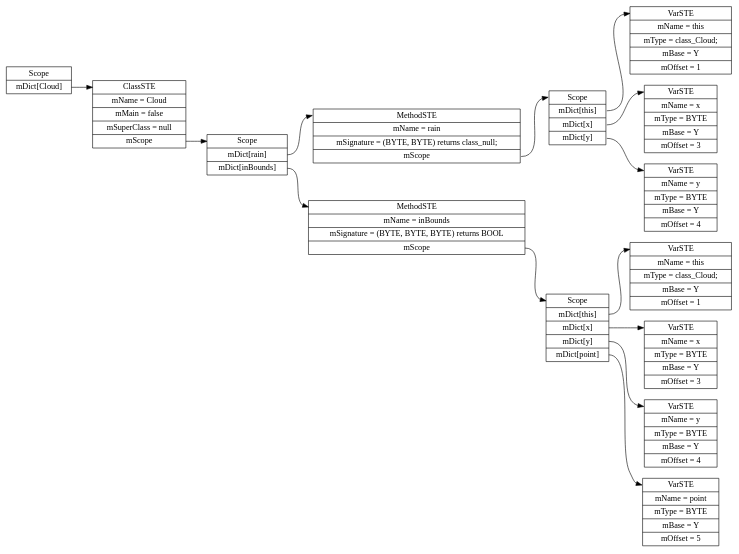
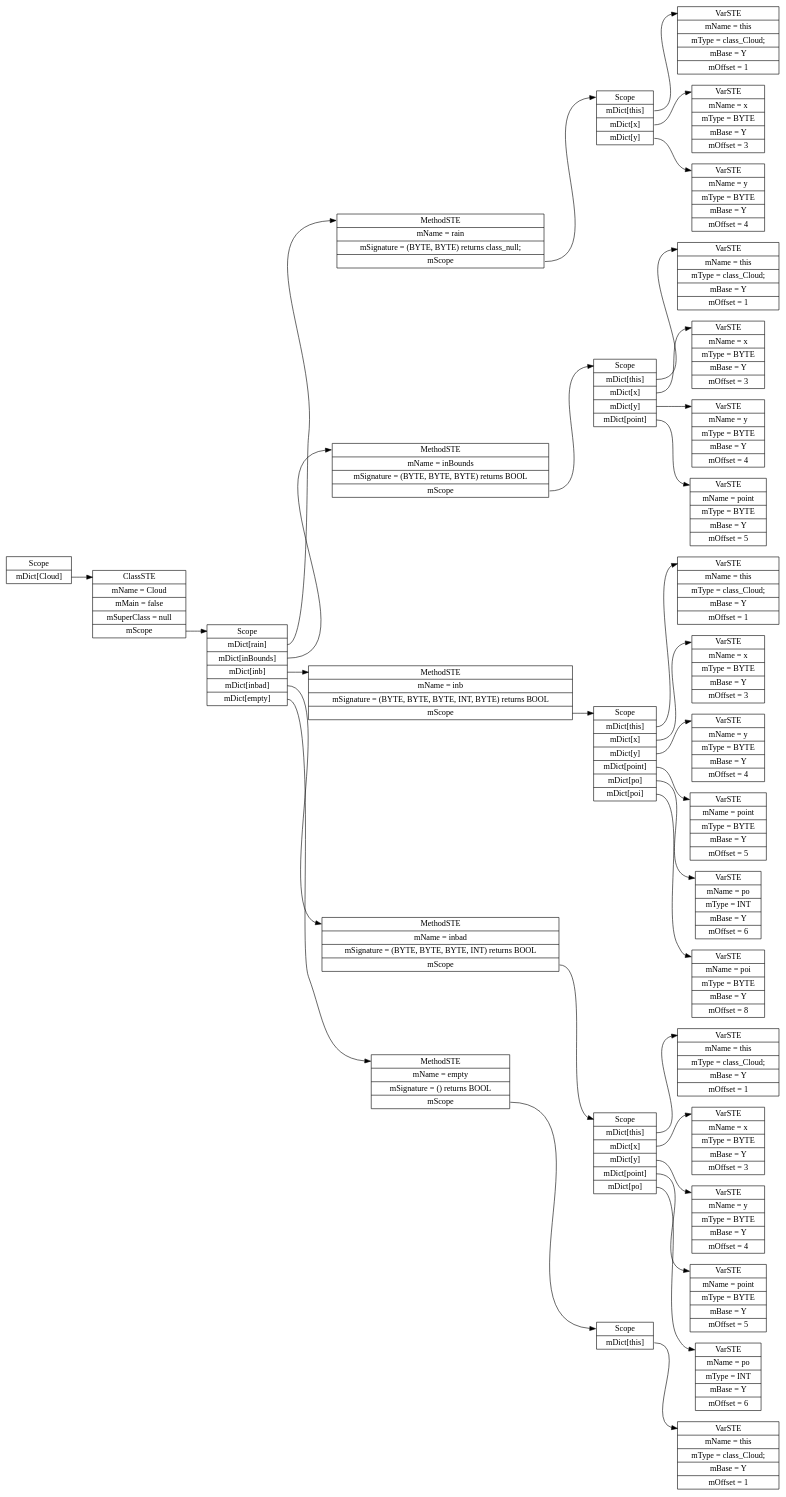
The diagram in tst/PA4raindrop.java.STV.dot (karmaUdel/Meggy-Java-Compiler), drawn with Graphviz before and after one commit. The commit also changed 115 other files, not shown here.

```diff
--- a/tst/PA4raindrop.java.STV.dot
+++ b/tst/PA4raindrop.java.STV.dot
@@ -1,31 +1,67 @@
 digraph SymTable {
 	graph [rankdir="LR"];
 	node [shape=record];
 	0 [label=" <f0> Scope | <f1> mDict\[Cloud\] "];
 	0:<f1> -> 1:<f0>;
 	1 [label=" <f0> ClassSTE | <f1> mName = Cloud| <f2> mMain = false| <f3> mSuperClass = null| <f4> mScope "];
 	1:<f4> -> 2:<f0>;
-	2 [label=" <f0> Scope | <f1> mDict\[rain\] | <f2> mDict\[inBounds\] "];
+	2 [label=" <f0> Scope | <f1> mDict\[rain\] | <f2> mDict\[inBounds\] | <f3> mDict\[inb\] | <f4> mDict\[inbad\] | <f5> mDict\[empty\] "];
 	2:<f1> -> 3:<f0>;
 	3 [label=" <f0> MethodSTE | <f1> mName = rain| <f2> mSignature = (BYTE, BYTE) returns class_null;| <f3> mScope "];
 	3:<f3> -> 4:<f0>;
 	4 [label=" <f0> Scope | <f1> mDict\[this\] | <f2> mDict\[x\] | <f3> mDict\[y\] "];
 	4:<f1> -> 5:<f0>;
 	5 [label=" <f0> VarSTE | <f1> mName = this| <f2> mType = class_Cloud;| <f3> mBase = Y| <f4> mOffset = 1"];
 	4:<f2> -> 6:<f0>;
 	6 [label=" <f0> VarSTE | <f1> mName = x| <f2> mType = BYTE| <f3> mBase = Y| <f4> mOffset = 3"];
 	4:<f3> -> 7:<f0>;
 	7 [label=" <f0> VarSTE | <f1> mName = y| <f2> mType = BYTE| <f3> mBase = Y| <f4> mOffset = 4"];
 	2:<f2> -> 8:<f0>;
 	8 [label=" <f0> MethodSTE | <f1> mName = inBounds| <f2> mSignature = (BYTE, BYTE, BYTE) returns BOOL| <f3> mScope "];
 	8:<f3> -> 9:<f0>;
 	9 [label=" <f0> Scope | <f1> mDict\[this\] | <f2> mDict\[x\] | <f3> mDict\[y\] | <f4> mDict\[point\] "];
 	9:<f1> -> 10:<f0>;
 	10 [label=" <f0> VarSTE | <f1> mName = this| <f2> mType = class_Cloud;| <f3> mBase = Y| <f4> mOffset = 1"];
 	9:<f2> -> 11:<f0>;
 	11 [label=" <f0> VarSTE | <f1> mName = x| <f2> mType = BYTE| <f3> mBase = Y| <f4> mOffset = 3"];
 	9:<f3> -> 12:<f0>;
 	12 [label=" <f0> VarSTE | <f1> mName = y| <f2> mType = BYTE| <f3> mBase = Y| <f4> mOffset = 4"];
 	9:<f4> -> 13:<f0>;
 	13 [label=" <f0> VarSTE | <f1> mName = point| <f2> mType = BYTE| <f3> mBase = Y| <f4> mOffset = 5"];
+	2:<f3> -> 14:<f0>;
+	14 [label=" <f0> MethodSTE | <f1> mName = inb| <f2> mSignature = (BYTE, BYTE, BYTE, INT, BYTE) returns BOOL| <f3> mScope "];
+	14:<f3> -> 15:<f0>;
+	15 [label=" <f0> Scope | <f1> mDict\[this\] | <f2> mDict\[x\] | <f3> mDict\[y\] | <f4> mDict\[point\] | <f5> mDict\[po\] | <f6> mDict\[poi\] "];
+	15:<f1> -> 16:<f0>;
+	16 [label=" <f0> VarSTE | <f1> mName = this| <f2> mType = class_Cloud;| <f3> mBase = Y| <f4> mOffset = 1"];
+	15:<f2> -> 17:<f0>;
+	17 [label=" <f0> VarSTE | <f1> mName = x| <f2> mType = BYTE| <f3> mBase = Y| <f4> mOffset = 3"];
+	15:<f3> -> 18:<f0>;
+	18 [label=" <f0> VarSTE | <f1> mName = y| <f2> mType = BYTE| <f3> mBase = Y| <f4> mOffset = 4"];
+	15:<f4> -> 19:<f0>;
+	19 [label=" <f0> VarSTE | <f1> mName = point| <f2> mType = BYTE| <f3> mBase = Y| <f4> mOffset = 5"];
+	15:<f5> -> 20:<f0>;
+	20 [label=" <f0> VarSTE | <f1> mName = po| <f2> mType = INT| <f3> mBase = Y| <f4> mOffset = 6"];
+	15:<f6> -> 21:<f0>;
+	21 [label=" <f0> VarSTE | <f1> mName = poi| <f2> mType = BYTE| <f3> mBase = Y| <f4> mOffset = 8"];
+	2:<f4> -> 22:<f0>;
+	22 [label=" <f0> MethodSTE | <f1> mName = inbad| <f2> mSignature = (BYTE, BYTE, BYTE, INT) returns BOOL| <f3> mScope "];
+	22:<f3> -> 23:<f0>;
+	23 [label=" <f0> Scope | <f1> mDict\[this\] | <f2> mDict\[x\] | <f3> mDict\[y\] | <f4> mDict\[point\] | <f5> mDict\[po\] "];
+	23:<f1> -> 24:<f0>;
+	24 [label=" <f0> VarSTE | <f1> mName = this| <f2> mType = class_Cloud;| <f3> mBase = Y| <f4> mOffset = 1"];
+	23:<f2> -> 25:<f0>;
+	25 [label=" <f0> VarSTE | <f1> mName = x| <f2> mType = BYTE| <f3> mBase = Y| <f4> mOffset = 3"];
+	23:<f3> -> 26:<f0>;
+	26 [label=" <f0> VarSTE | <f1> mName = y| <f2> mType = BYTE| <f3> mBase = Y| <f4> mOffset = 4"];
+	23:<f4> -> 27:<f0>;
+	27 [label=" <f0> VarSTE | <f1> mName = point| <f2> mType = BYTE| <f3> mBase = Y| <f4> mOffset = 5"];
+	23:<f5> -> 28:<f0>;
+	28 [label=" <f0> VarSTE | <f1> mName = po| <f2> mType = INT| <f3> mBase = Y| <f4> mOffset = 6"];
+	2:<f5> -> 29:<f0>;
+	29 [label=" <f0> MethodSTE | <f1> mName = empty| <f2> mSignature = () returns BOOL| <f3> mScope "];
+	29:<f3> -> 30:<f0>;
+	30 [label=" <f0> Scope | <f1> mDict\[this\] "];
+	30:<f1> -> 31:<f0>;
+	31 [label=" <f0> VarSTE | <f1> mName = this| <f2> mType = class_Cloud;| <f3> mBase = Y| <f4> mOffset = 1"];
 }
```
